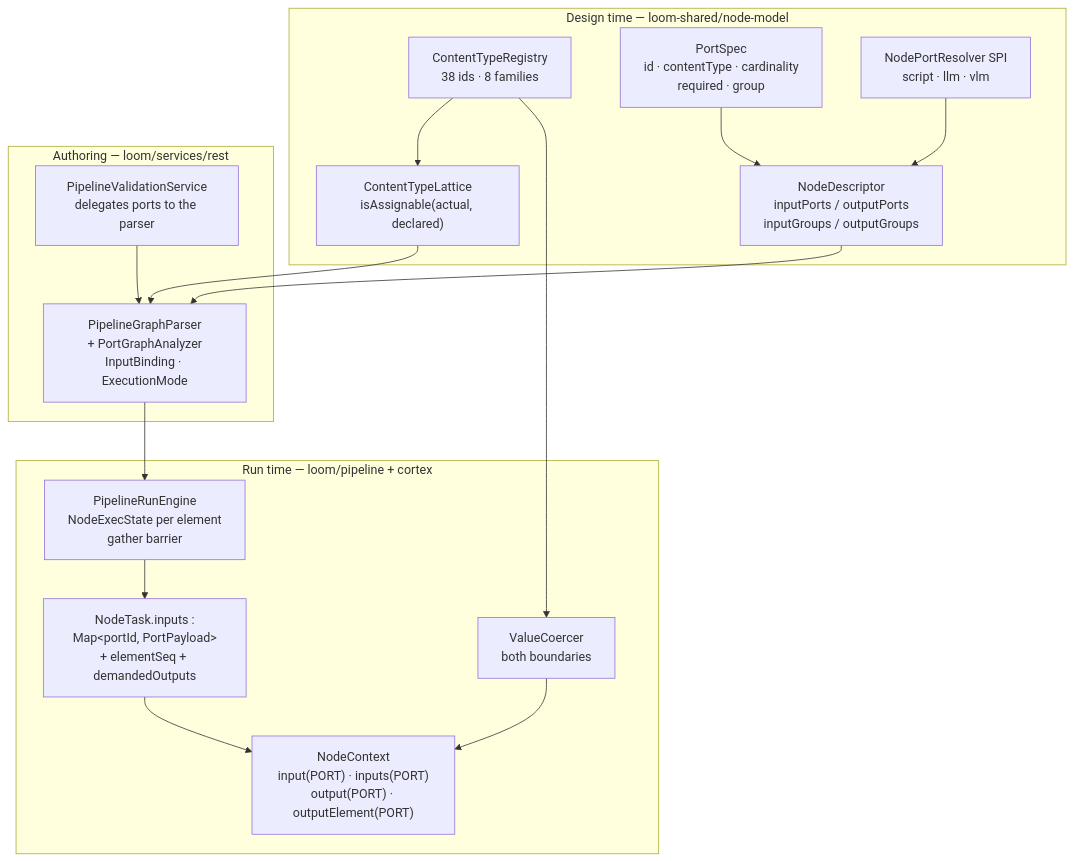
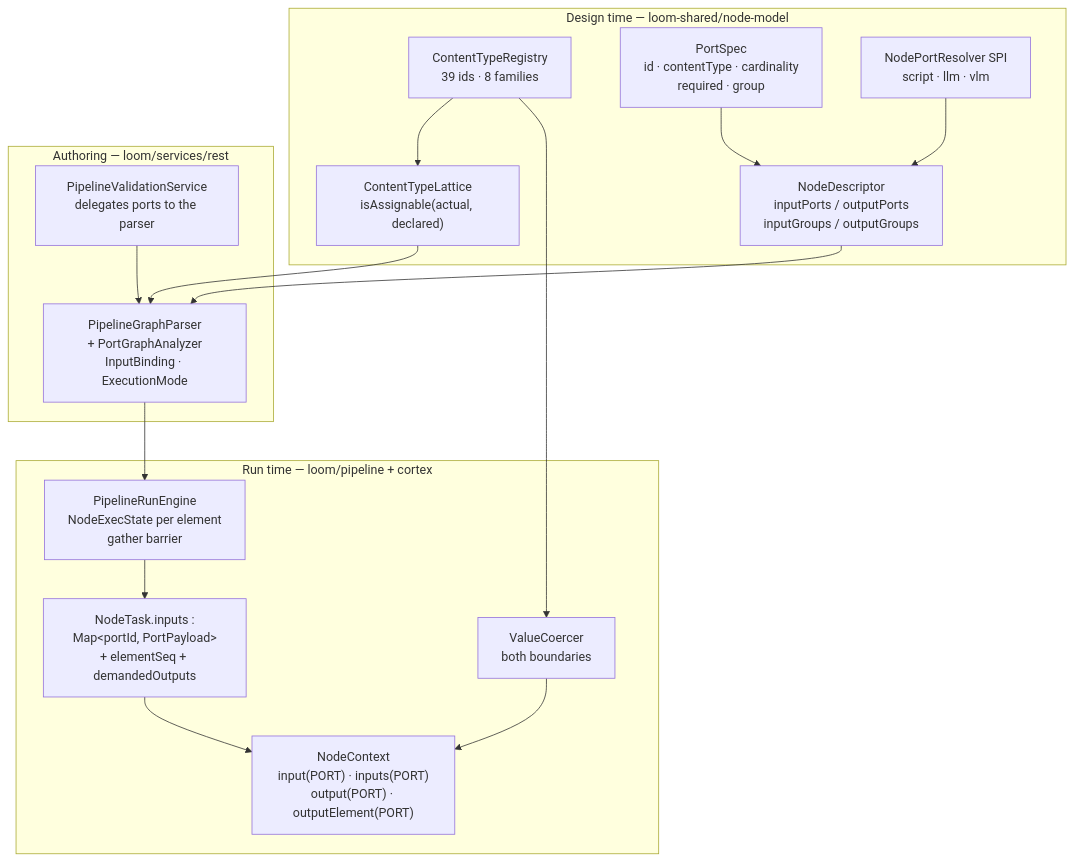
The first of 2 diagrams in spec/features/pipeline/NODE_DATA_TYPES.md (metaloom/metaloom), drawn with Mermaid before and after one commit. The commit also changed other lines of this file and 53 other files, not shown here.

````diff
--- a/spec/features/pipeline/NODE_DATA_TYPES.md
+++ b/spec/features/pipeline/NODE_DATA_TYPES.md
@@ -40,30 +33,30 @@
 ```mermaid
 graph TB
     subgraph DESIGN["Design time — loom-shared/node-model"]
-        CT["ContentTypeRegistry<br/>38 ids · 8 families"]
+        CT["ContentTypeRegistry<br/>39 ids · 8 families"]
         LAT["ContentTypeLattice<br/>isAssignable(actual, declared)"]
         PS["PortSpec<br/>id · contentType · cardinality<br/>required · group"]
         ND["NodeDescriptor<br/>inputPorts / outputPorts<br/>inputGroups / outputGroups"]
         RES["NodePortResolver SPI<br/>script · llm · vlm"]
         CT --> LAT
         PS --> ND
         RES --> ND
     end
     subgraph AUTHOR["Authoring — loom/services/rest"]
         VAL["PipelineValidationService<br/>delegates ports to the parser"]
         GP["PipelineGraphParser<br/>+ PortGraphAnalyzer<br/>InputBinding · ExecutionMode"]
         VAL --> GP
     end
     subgraph RUN["Run time — loom/pipeline + cortex"]
         EN["PipelineRunEngine<br/>NodeExecState per element<br/>gather barrier"]
         WIRE["NodeTask.inputs :<br/>Map&lt;portId, PortPayload&gt;<br/>+ elementSeq + demandedOutputs"]
         NC["NodeContext<br/>input(PORT) · inputs(PORT)<br/>output(PORT) · outputElement(PORT)"]
         VC["ValueCoercer<br/>both boundaries"]
         EN --> WIRE --> NC
         VC --> NC
     end
     LAT --> GP
     CT --> VC
     ND --> GP
     GP --> EN
 ```
````
